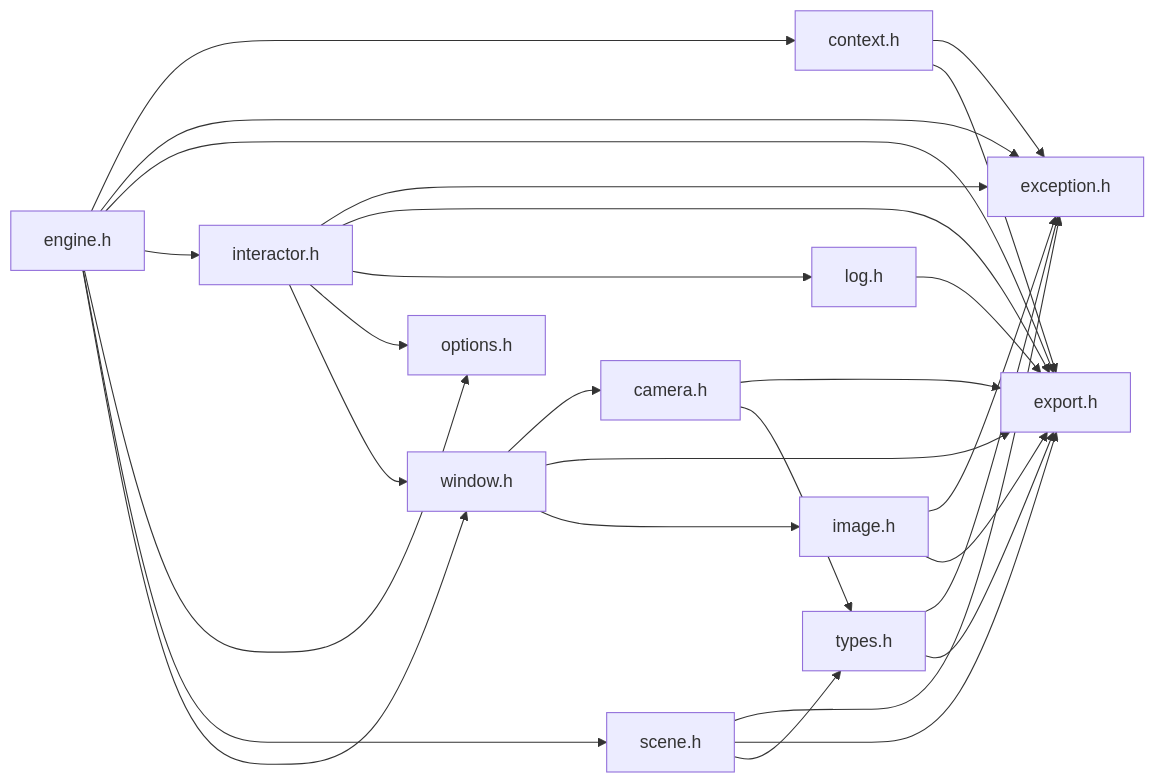
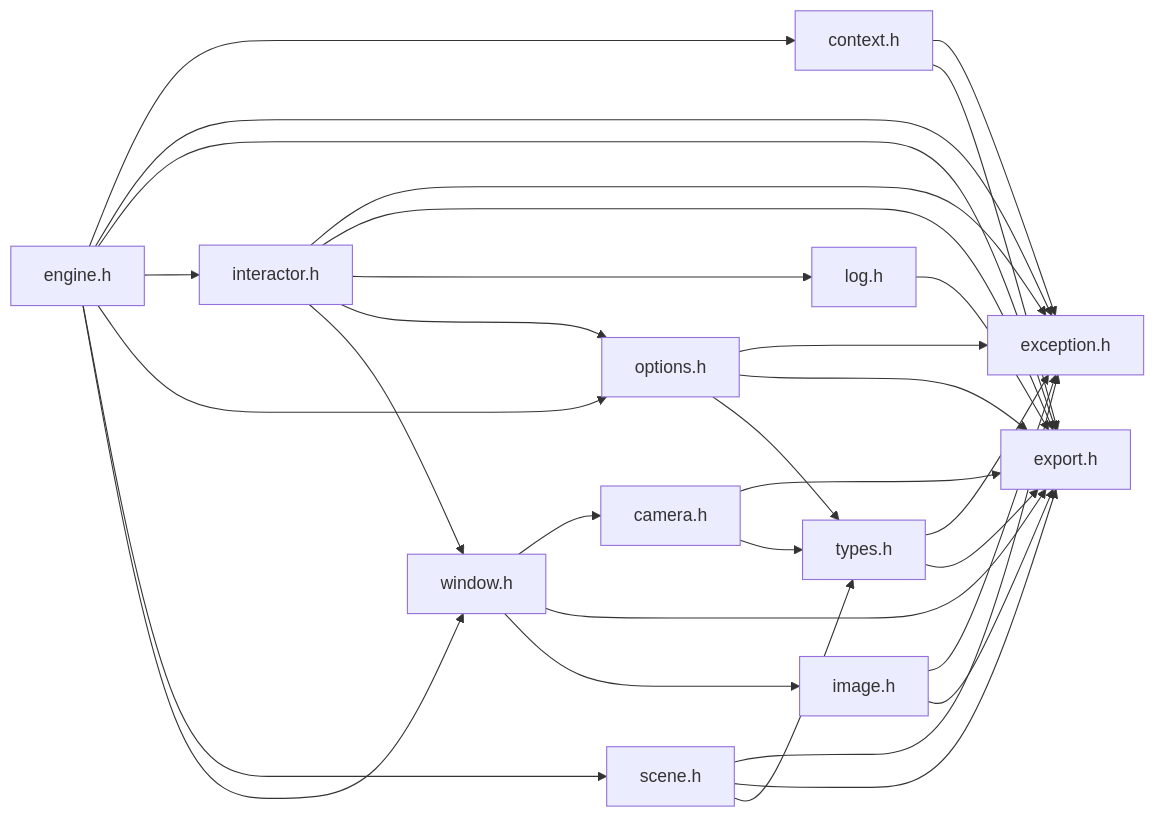
One commit to f3d-app/f3d-website changed the diagram in docs/api/engine_8h.md. Above: the diagram before and after it, drawn with Mermaid. The commit also changed other lines of this file and 105 other files, not shown here.

````diff
--- a/docs/api/engine_8h.md
+++ b/docs/api/engine_8h.md
@@ -36,64 +36,68 @@
 ```mermaid
 graph LR
-9["camera.h"]
-click 9 "camera_8h_source.md#camera_8h_source"
-9 --> 4
-9 --> 10
+10["camera.h"]
+click 10 "camera_8h_source.md#camera_8h_source"
+10 --> 4
+10 --> 8
 
 2["context.h"]
 click 2 "context_8h_source.md#context_8h_source"
 2 --> 3
 2 --> 4
 
 1["engine.h"]
 click 1 "engine_8h.md#engine_8h"
 1 --> 2
 1 --> 3
 1 --> 4
 1 --> 5
 1 --> 7
 1 --> 12
-1 --> 8
+1 --> 9
 
 3["exception.h"]
 click 3 "exception_8h_source.md#exception_8h_source"
 
 11["image.h"]
 click 11 "image_8h_source.md#image_8h_source"
 11 --> 3
 11 --> 4
 
 5["interactor.h"]
 click 5 "interactor_8h_source.md#interactor_8h_source"
 5 --> 3
 5 --> 4
 5 --> 6
 5 --> 7
-5 --> 8
+5 --> 9
 
 6["log.h"]
 click 6 "log_8h_source.md#log_8h_source"
 6 --> 4
 
+7["options.h"]
+click 7 "options_8h_source.md#options_8h_source"
+7 --> 3
+7 --> 4
+7 --> 8
+
 12["scene.h"]
 click 12 "scene_8h_source.md#scene_8h_source"
 12 --> 3
 12 --> 4
-12 --> 10
+12 --> 8
 
-10["types.h"]
-click 10 "types_8h_source.md#types_8h_source"
-10 --> 3
-10 --> 4
+8["types.h"]
+click 8 "types_8h_source.md#types_8h_source"
+8 --> 3
+8 --> 4
 
-8["window.h"]
-click 8 "window_8h_source.md#window_8h_source"
-8 --> 9
-8 --> 4
-8 --> 11
+9["window.h"]
+click 9 "window_8h_source.md#window_8h_source"
+9 --> 10
+9 --> 4
+9 --> 11
 
 4["export.h"]
 
-7["options.h"]
-
 ```
````
